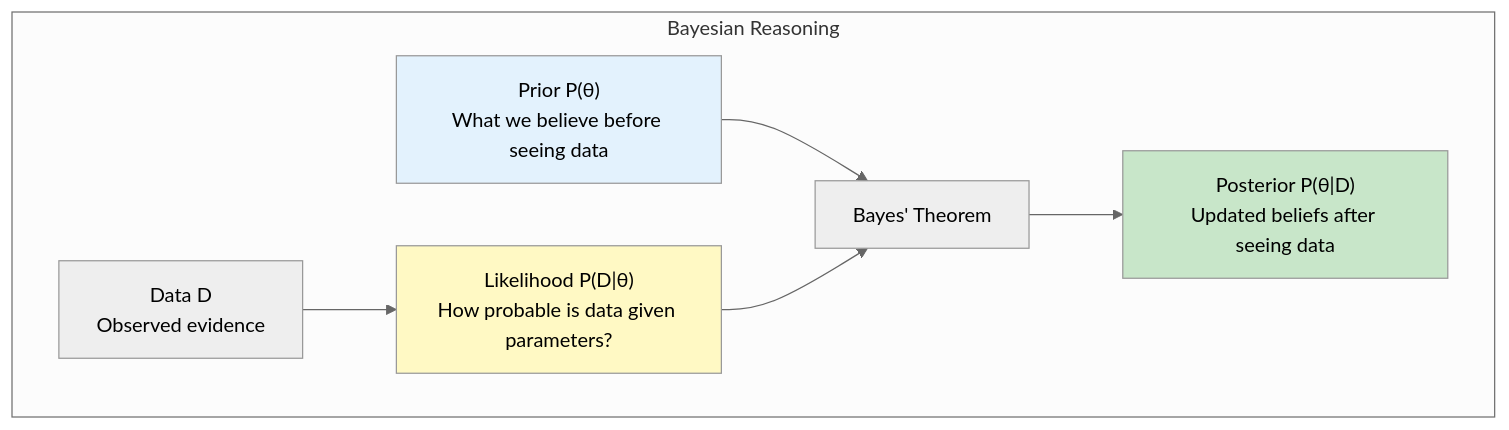
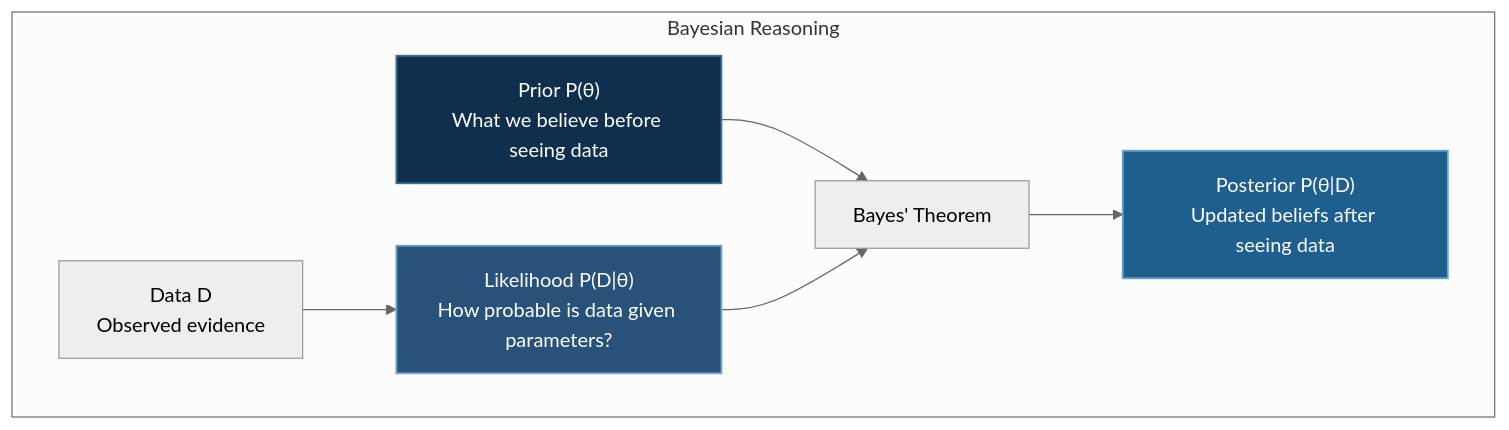
One commit to yiqiao-yin/deepspeed-course changed the first of 10 diagrams in docusaurus-docs/docs/tutorials/intermediate/bayesian-nn.md. Above: the diagram before and after it, drawn with Mermaid (neutral theme). The commit also changed other lines of this file and 12 other files, not shown here.

````diff
--- a/docusaurus-docs/docs/tutorials/intermediate/bayesian-nn.md
+++ b/docusaurus-docs/docs/tutorials/intermediate/bayesian-nn.md
@@ -63,18 +63,18 @@
 ```mermaid
 graph TB
     subgraph "Bayesian Reasoning"
         PRIOR["Prior P(θ)<br/>What we believe before seeing data"]
         DATA["Data D<br/>Observed evidence"]
         LIKELIHOOD["Likelihood P(D|θ)<br/>How probable is data given parameters?"]
         POSTERIOR["Posterior P(θ|D)<br/>Updated beliefs after seeing data"]
 
         PRIOR --> COMBINE["Bayes' Theorem"]
         DATA --> LIKELIHOOD
         LIKELIHOOD --> COMBINE
         COMBINE --> POSTERIOR
     end
 
-    style PRIOR fill:#e3f2fd
-    style POSTERIOR fill:#c8e6c9
-    style LIKELIHOOD fill:#fff9c4
+    style PRIOR fill:#0f2f4d,stroke:#3f6f9f,stroke-width:1.5px,color:#ffffff
+    style POSTERIOR fill:#1e5f8f,stroke:#63a3d0,stroke-width:1.5px,color:#ffffff
+    style LIKELIHOOD fill:#28527a,stroke:#6aa2cd,stroke-width:1.5px,color:#ffffff
 ```
````
